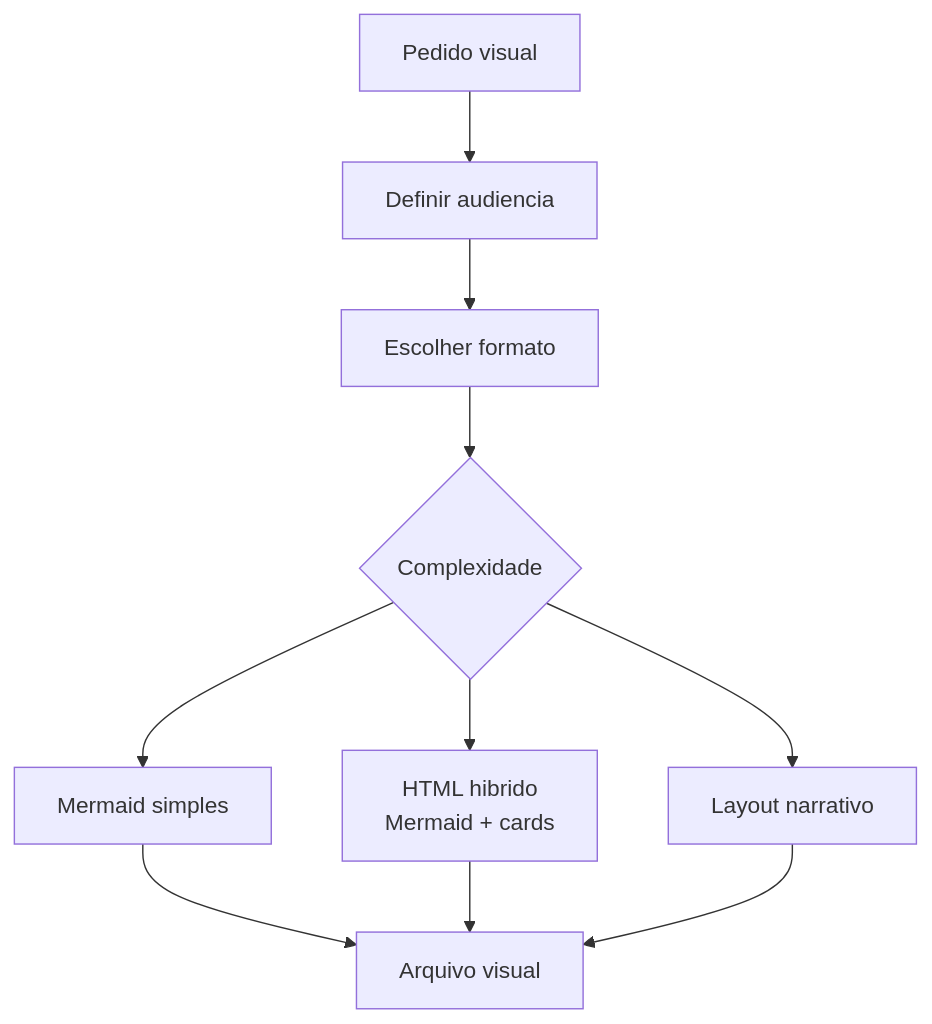
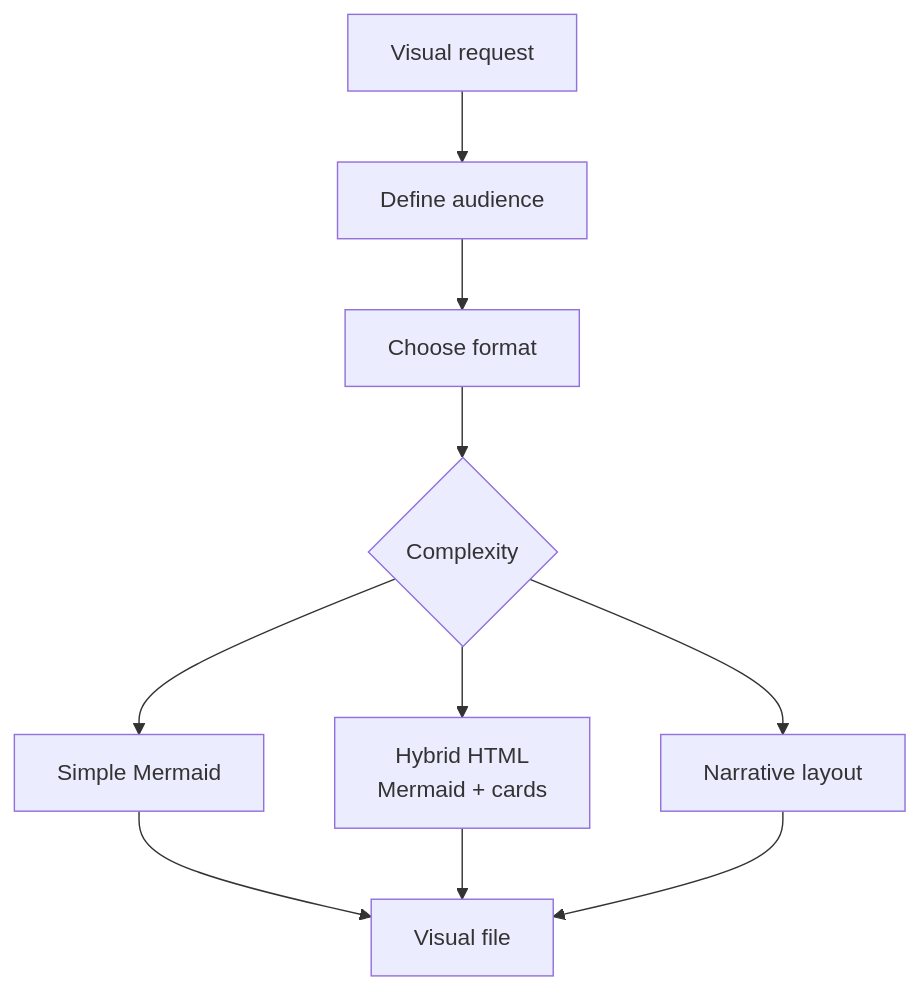
Before and after one commit to Tiao553/sdd-harness-copilot: the diagram in docs/reference/skills/visual-explainer.md, drawn with Mermaid. The commit also changed other lines of this file and 19 other files, not shown here.

````diff
--- a/docs/reference/skills/visual-explainer.md
+++ b/docs/reference/skills/visual-explainer.md
@@ -19,12 +19,12 @@
 ```mermaid
 flowchart TD
-    A["Pedido visual"] --> B["Definir audiencia"]
-    B --> C["Escolher formato"]
-    C --> D{"Complexidade"}
-    D --> E["Mermaid simples"]
-    D --> F["HTML hibrido<br/>Mermaid + cards"]
-    D --> G["Layout narrativo"]
-    E --> H["Arquivo visual"]
+    A["Visual request"] --> B["Define audience"]
+    B --> C["Choose format"]
+    C --> D{"Complexity"}
+    D --> E["Simple Mermaid"]
+    D --> F["Hybrid HTML<br/>Mermaid + cards"]
+    D --> G["Narrative layout"]
+    E --> H["Visual file"]
     F --> H
     G --> H
 ```
````
